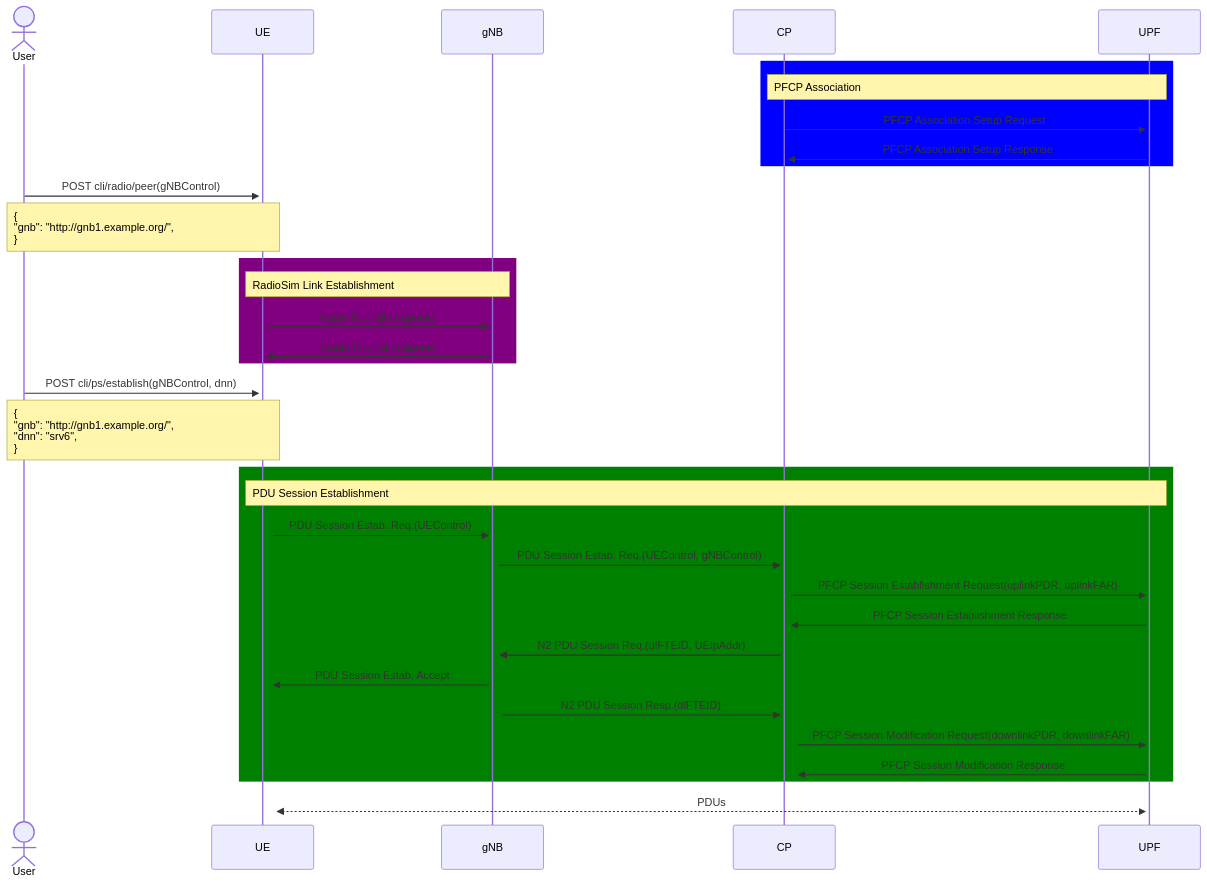
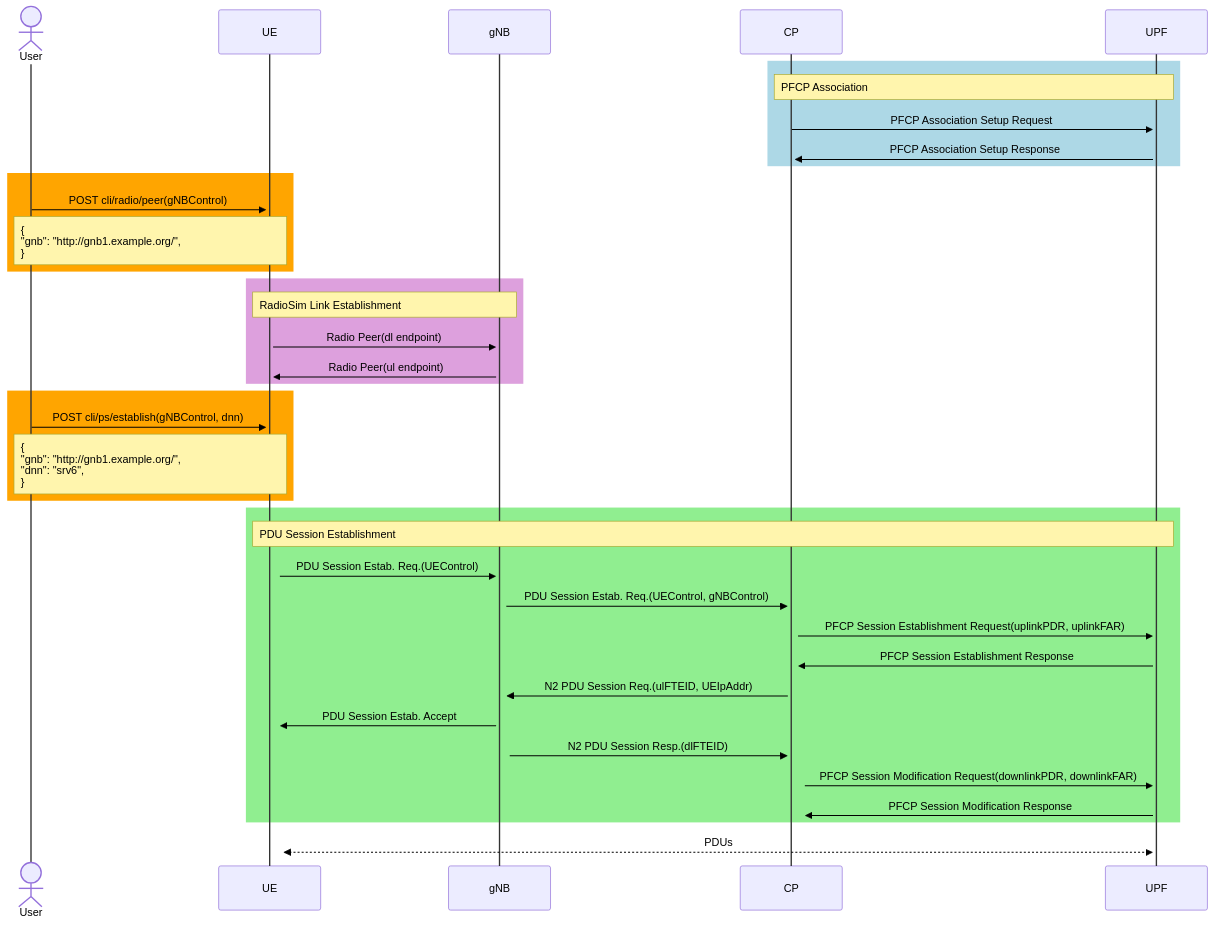
Before and after one commit to nextmn/testbed: the first of 5 diagrams in doc/nextmn-lite.md, drawn with Mermaid. The commit also changed other lines of this file, not shown here.

Commit message:
PR update rectangle colors (#83)

````diff
--- a/doc/nextmn-lite.md
+++ b/doc/nextmn-lite.md
@@ -5,36 +5,40 @@
 ```mermaid
-%%{init: { 'sequence': {'noteAlign': 'left'} }}%%
+%%{init: { 'sequence': {'noteAlign': 'left'} , 'themeVariables':{'actorLineColor': '#333333', 'signalColor': '#000000', 'signalTextColor':'#000000'} }}%%
 sequenceDiagram
 actor User
 participant UE
 participant gNB
 participant CP
 participant UPF
-rect blue
+rect LightBlue
     note over CP,UPF: PFCP Association
     CP->>+UPF: PFCP Association Setup Request
     UPF->>+CP: PFCP Association Setup Response
 end
-User->>+UE: POST cli/radio/peer(gNBControl)
-note over User,UE: {<br>"gnb": "http://gnb1.example.org/",<br>}
-rect purple
+rect Orange
+    User->>+UE: POST cli/radio/peer(gNBControl)
+    note over User,UE: {<br>"gnb": "http://gnb1.example.org/",<br>}
+end
+rect Plum
     note over UE, gNB: RadioSim Link Establishment
     UE->>+gNB: Radio Peer(dl endpoint)
     gNB->>+UE: Radio Peer(ul endpoint)
 end
-User->>+UE: POST cli/ps/establish(gNBControl, dnn)
-note over User,UE: {<br>"gnb": "http://gnb1.example.org/",<br>"dnn": "srv6",<br>}
-rect green
+rect Orange
+    User->>+UE: POST cli/ps/establish(gNBControl, dnn)
+    note over User,UE: {<br>"gnb": "http://gnb1.example.org/",<br>"dnn": "srv6",<br>}
+end
+rect LightGreen
     note over UE,UPF: PDU Session Establishment
     UE->>+gNB: PDU Session Estab. Req.(UEControl)
     gNB->>+CP: PDU Session Estab. Req.(UEControl, gNBControl)
     CP->>+UPF: PFCP Session Establishment Request(uplinkPDR, uplinkFAR)
     UPF->>+CP: PFCP Session Establishment Response
     CP->>+gNB: N2 PDU Session Req.(ulFTEID, UEIpAddr)
     gNB->>+UE: PDU Session Estab. Accept
     gNB->>+CP: N2 PDU Session Resp.(dlFTEID)
     CP->>+UPF: PFCP Session Modification Request(downlinkPDR, downlinkFAR)
     UPF->>+CP: PFCP Session Modification Response
 end
 UE<<-->>+UPF: PDUs
 ```
````
